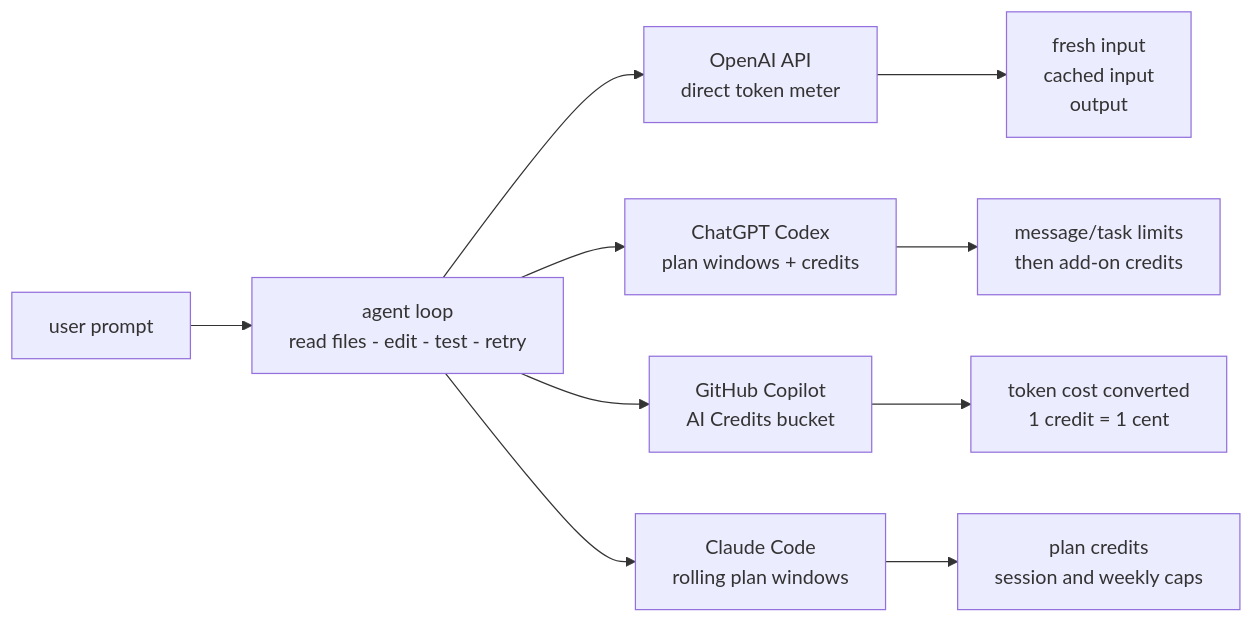
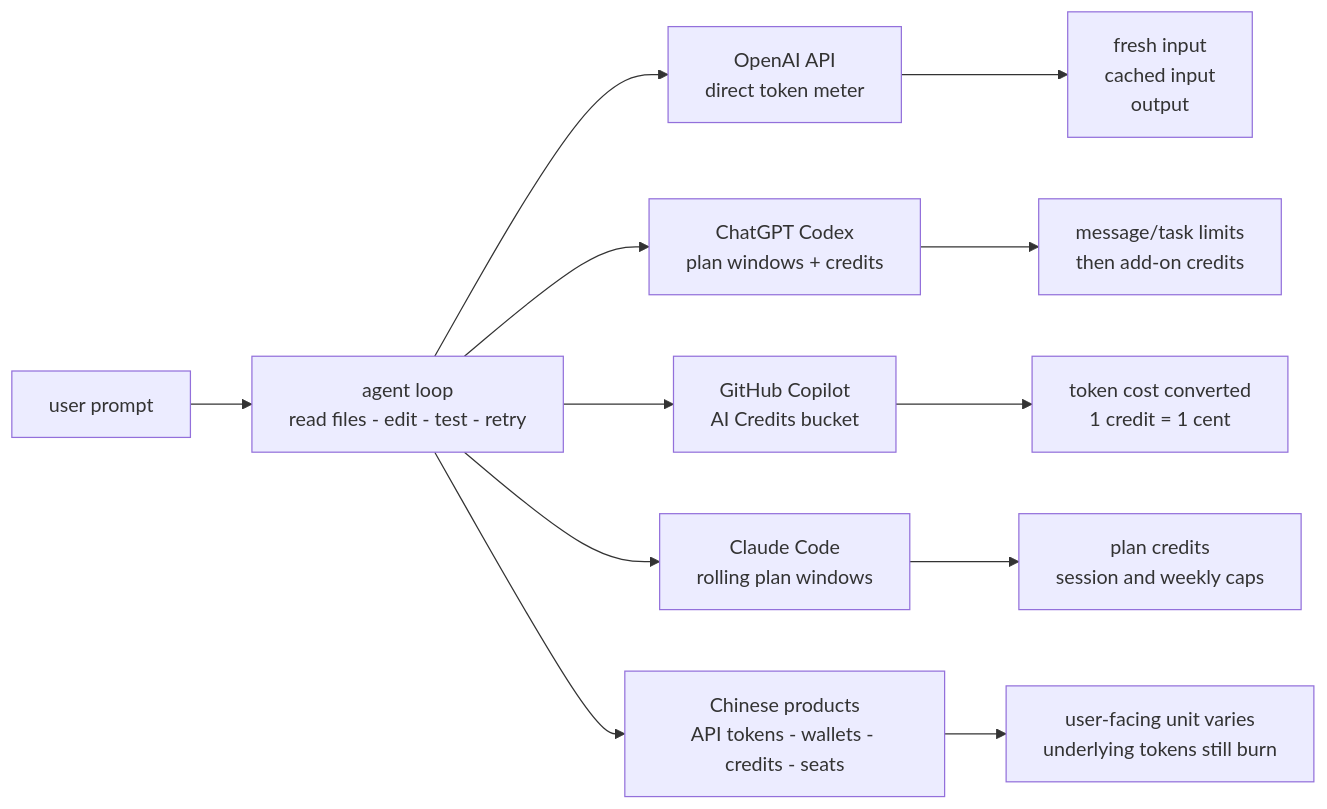
One commit to vibewatch/blog changed the first of 6 diagrams in content/posts/ai-coding-assistant-pricing-comparison.md. Above: the diagram before and after it, drawn with Mermaid. The commit also changed other lines of this file and 1 other file, not shown here.

Commit message:
feat: enhance AI coding assistant pricing comparison with expanded details on Chinese market billing units and updated subtitles

````diff
--- a/content/posts/ai-coding-assistant-pricing-comparison.md
+++ b/content/posts/ai-coding-assistant-pricing-comparison.md
@@ -48,12 +49,14 @@
 ```mermaid
 flowchart LR
 	Prompt[user prompt] --> Loop[agent loop<br/>read files - edit - test - retry]
 	Loop --> OpenAI[OpenAI API<br/>direct token meter]
 	Loop --> CodexPlan[ChatGPT Codex<br/>plan windows + credits]
 	Loop --> Copilot[GitHub Copilot<br/>AI Credits bucket]
 	Loop --> Claude[Claude Code<br/>rolling plan windows]
+	Loop --> China[Chinese products<br/>API tokens - wallets - credits - seats]
 	OpenAI --> OCost[fresh input<br/>cached input<br/>output]
 	CodexPlan --> XCost[message/task limits<br/>then add-on credits]
 	Copilot --> CCost[token cost converted<br/>1 credit = 1 cent]
 	Claude --> ACost[plan credits<br/>session and weekly caps]
+	China --> ZCost[user-facing unit varies<br/>underlying tokens still burn]
 ```
````
